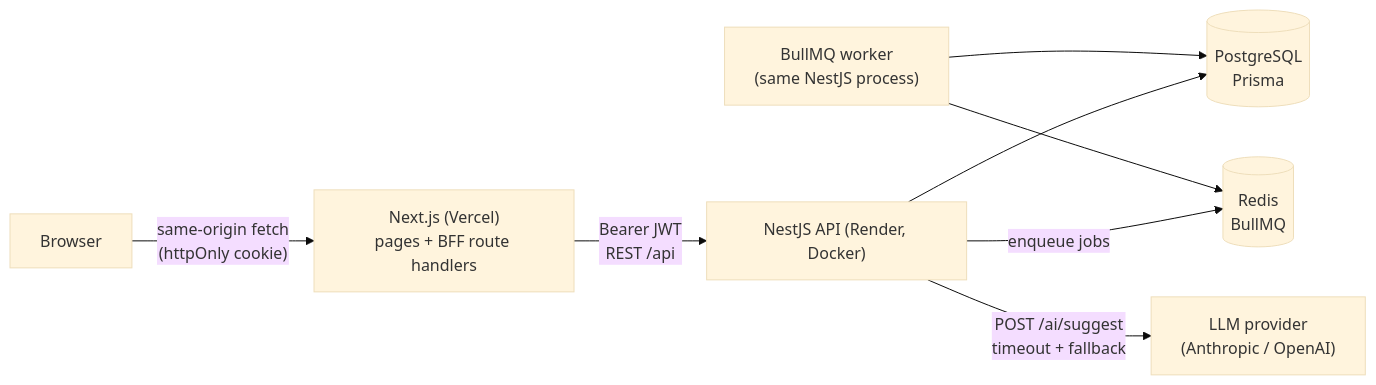
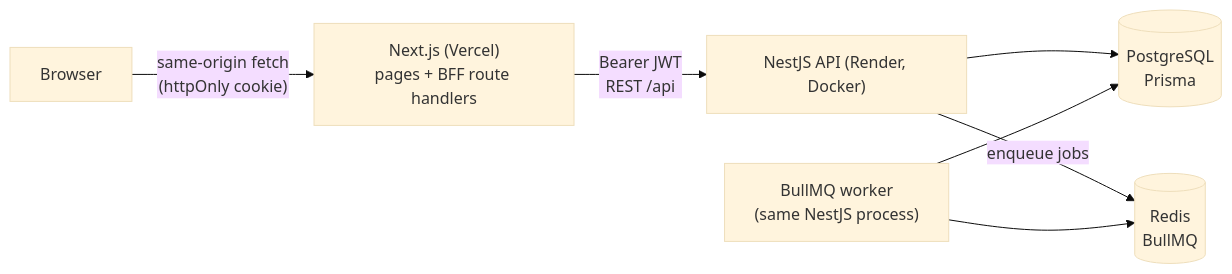
One commit to Moinuddin-dotcom/support-cus-ticket changed the first of 2 diagrams in README.md. Above: the diagram before and after it, drawn with Mermaid (base theme). The commit also changed other lines of this file and 51 other files, not shown here.

````diff
--- a/README.md
+++ b/README.md
@@ -34,10 +33,9 @@
 ```mermaid
 flowchart LR
   Browser -->|"same-origin fetch<br/>(httpOnly cookie)"| Next["Next.js (Vercel)<br/>pages + BFF route handlers"]
   Next -->|"Bearer JWT<br/>REST /api"| API["NestJS API (Render, Docker)"]
   API --> PG[("PostgreSQL<br/>Prisma")]
   API -->|"enqueue jobs"| Redis[("Redis<br/>BullMQ")]
   Worker["BullMQ worker<br/>(same NestJS process)"] --> Redis
   Worker --> PG
-  API -->|"POST /ai/suggest<br/>timeout + fallback"| LLM["LLM provider<br/>(Anthropic / OpenAI)"]
 ```
````
